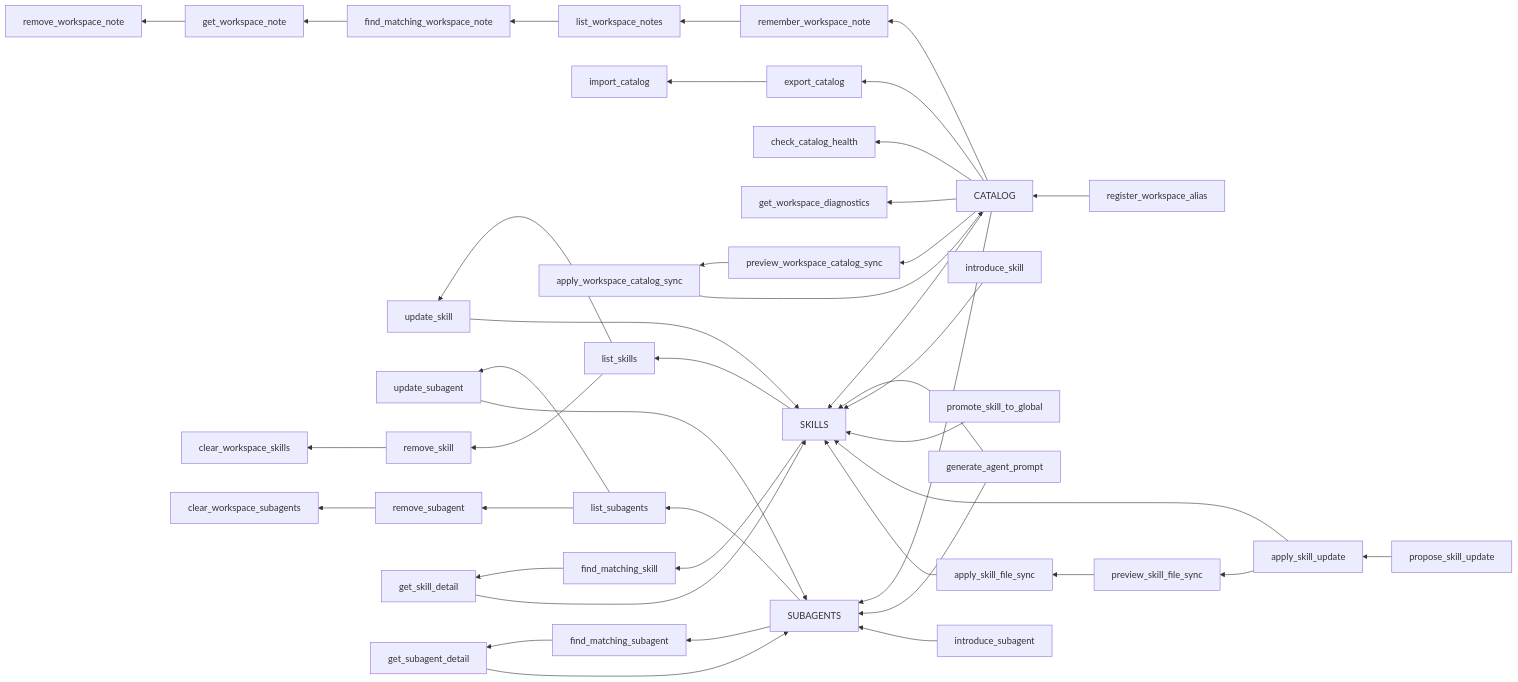
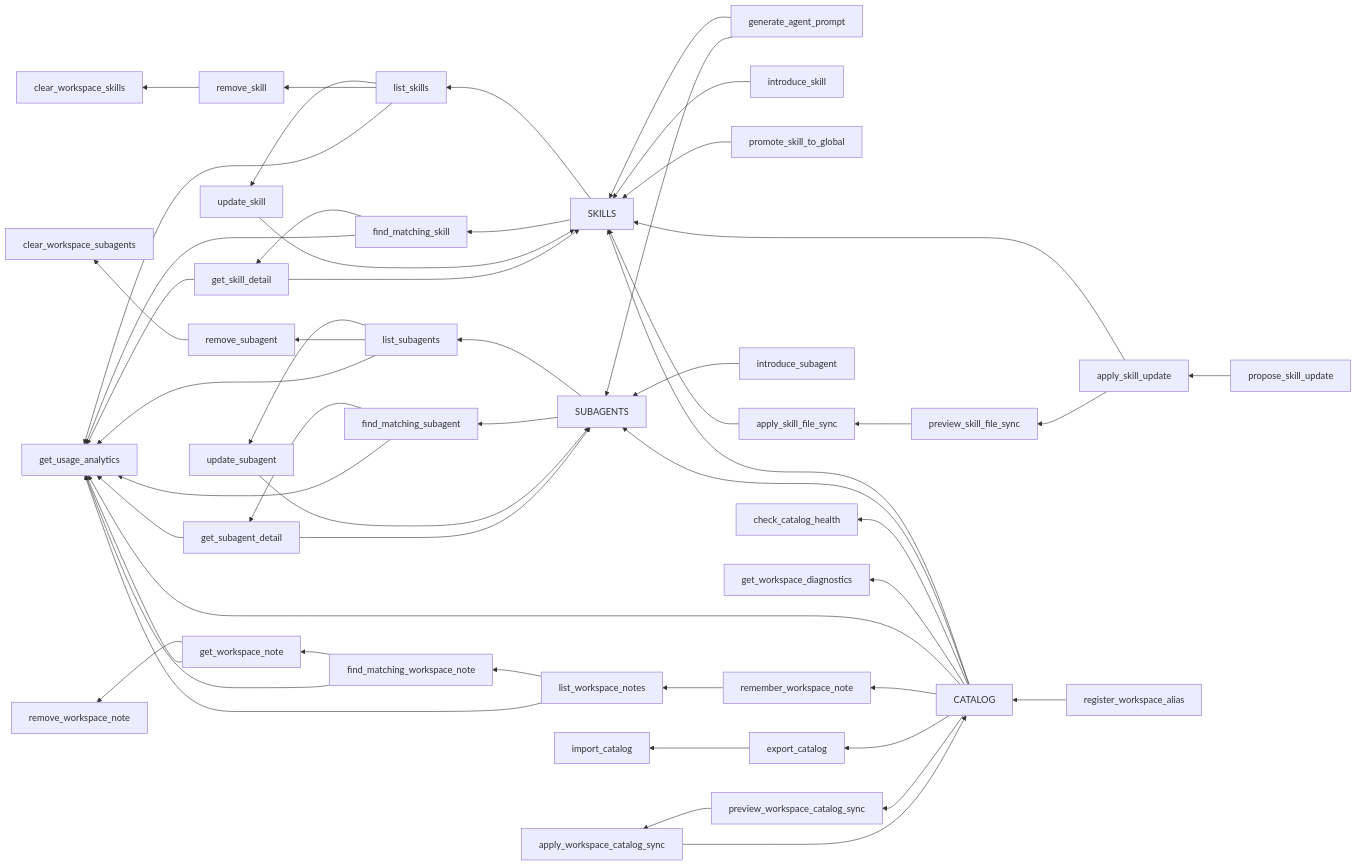
Before and after one commit to okanaslan/lor-mcp: the diagram in README.md, drawn with Mermaid. The commit also changed other lines of this file and 17 other files, not shown here.

Commit message:
feat(analytics): add local usage counters

````diff
--- a/README.md
+++ b/README.md
@@ -221,53 +231,63 @@
 ```mermaid
 flowchart RL
   catalog["CATALOG"]
   skills["SKILLS"]
   subagents["SUBAGENTS"]
 
   catalog --> skills
   catalog --> subagents
 
   generatePrompt["generate_agent_prompt"] --> skills
   generatePrompt --> subagents
 
   introduceSkill["introduce_skill"] --> skills
   promoteSkill["promote_skill_to_global"] --> skills
   proposeSkillUpdate["propose_skill_update"] --> applySkillUpdate["apply_skill_update"]
   applySkillUpdate --> skills
   applySkillUpdate --> previewSkillFileSync["preview_skill_file_sync"]
   previewSkillFileSync --> applySkillFileSync["apply_skill_file_sync"]
   applySkillFileSync --> skills
 
   introduceSubagent["introduce_subagent"] --> subagents
 
   registerAlias["register_workspace_alias"] --> catalog
   catalog --> checkHealth["check_catalog_health"]
   catalog --> workspaceDiagnostics["get_workspace_diagnostics"]
+  catalog --> usageAnalytics["get_usage_analytics"]
   catalog --> rememberWorkspaceNote["remember_workspace_note"]
   rememberWorkspaceNote --> listWorkspaceNotes["list_workspace_notes"]
   listWorkspaceNotes --> findWorkspaceNote["find_matching_workspace_note"]
   findWorkspaceNote --> getWorkspaceNote["get_workspace_note"]
   getWorkspaceNote --> removeWorkspaceNote["remove_workspace_note"]
   catalog --> exportCatalog["export_catalog"]
   exportCatalog --> importCatalog["import_catalog"]
   catalog --> previewWorkspaceSync["preview_workspace_catalog_sync"]
   previewWorkspaceSync --> applyWorkspaceSync["apply_workspace_catalog_sync"]
   applyWorkspaceSync --> catalog
   skills --> listSkills["list_skills"]
   subagents --> listSubagents["list_subagents"]
 
   listSkills --> updateSkill["update_skill"]
   updateSkill --> skills
   listSubagents --> updateSubagent["update_subagent"]
   updateSubagent --> subagents
   listSkills --> removeSkill["remove_skill"]
   listSubagents --> removeSubagent["remove_subagent"]
   removeSkill --> clearSkills["clear_workspace_skills"]
   removeSubagent --> clearSubagents["clear_workspace_subagents"]
   skills --> findSkill["find_matching_skill"]
   subagents --> findSubagent["find_matching_subagent"]
   findSkill --> getSkill["get_skill_detail"]
   findSubagent --> getSubagent["get_subagent_detail"]
   getSkill --> skills
   getSubagent --> subagents
+  listSkills --> usageAnalytics
+  listSubagents --> usageAnalytics
+  findSkill --> usageAnalytics
+  findSubagent --> usageAnalytics
+  getSkill --> usageAnalytics
+  getSubagent --> usageAnalytics
+  listWorkspaceNotes --> usageAnalytics
+  findWorkspaceNote --> usageAnalytics
+  getWorkspaceNote --> usageAnalytics
 ```
````
